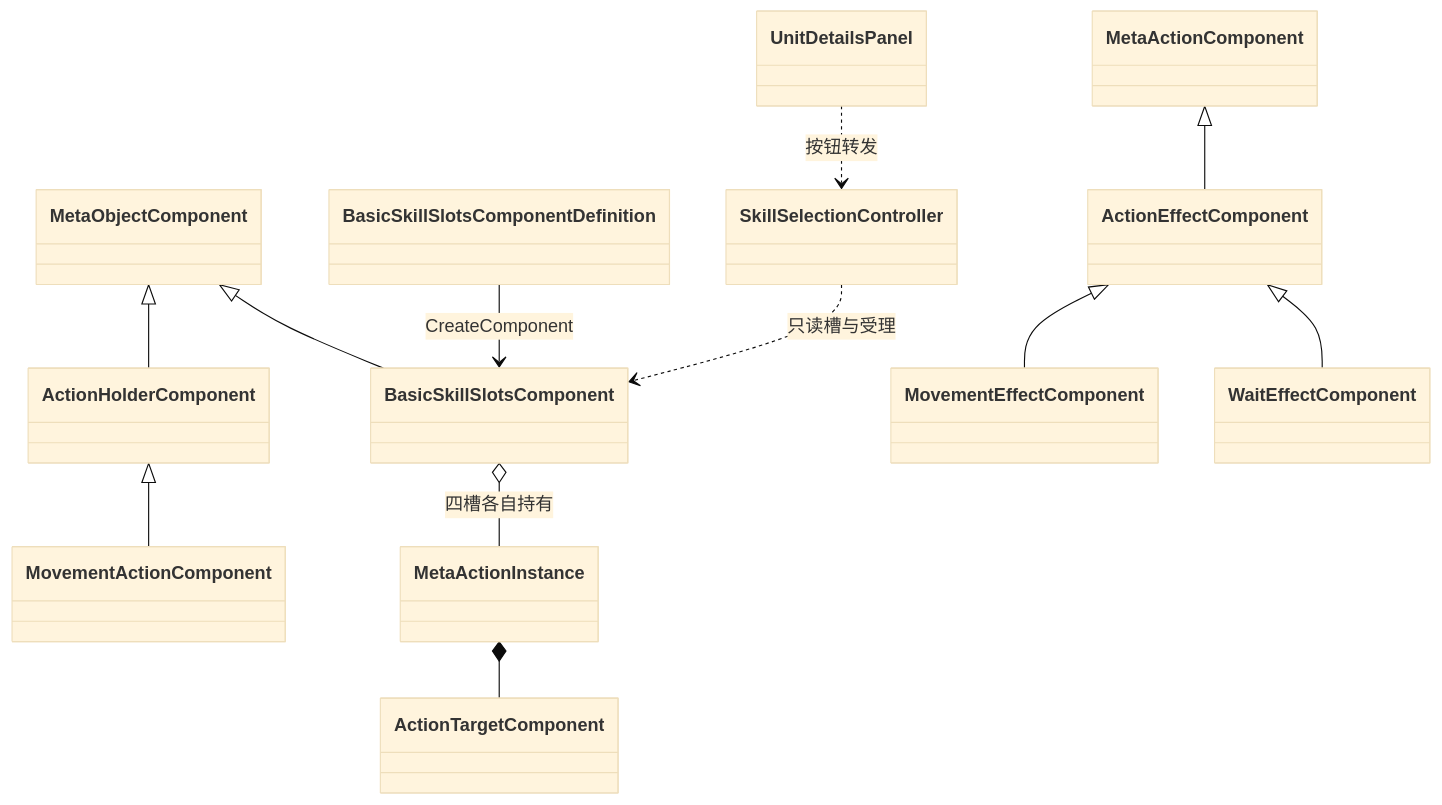
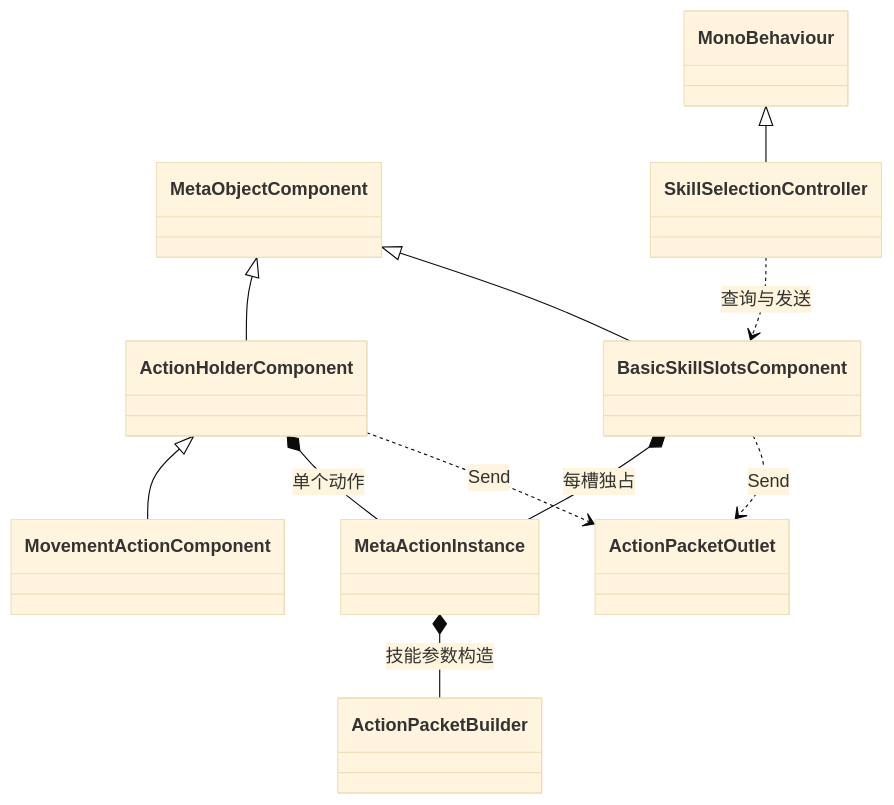
One commit to ObALive/this changed the diagram in 代码说明文档/80_基础技能槽与待机动作代码设计案.md. Above: the diagram before and after it, drawn with Mermaid (base theme). The commit also changed other lines of this file and 21 other files, not shown here.

````diff
--- a/代码说明文档/80_基础技能槽与待机动作代码设计案.md
+++ b/代码说明文档/80_基础技能槽与待机动作代码设计案.md
@@ -33,14 +18,13 @@
 ```mermaid
 classDiagram
   MetaObjectComponent <|-- ActionHolderComponent
   ActionHolderComponent <|-- MovementActionComponent
   MetaObjectComponent <|-- BasicSkillSlotsComponent
-  BasicSkillSlotsComponentDefinition --> BasicSkillSlotsComponent : CreateComponent
-  BasicSkillSlotsComponent o-- MetaActionInstance : 四槽各自持有
-  MetaActionInstance *-- ActionTargetComponent
-  MetaActionComponent <|-- ActionEffectComponent
-  ActionEffectComponent <|-- MovementEffectComponent
-  ActionEffectComponent <|-- WaitEffectComponent
-  UnitDetailsPanel ..> SkillSelectionController : 按钮转发
-  SkillSelectionController ..> BasicSkillSlotsComponent : 只读槽与受理
+  BasicSkillSlotsComponent *-- MetaActionInstance : 每槽独占
+  ActionHolderComponent *-- MetaActionInstance : 单个动作
+  MetaActionInstance *-- ActionPacketBuilder : 技能参数构造
+  MonoBehaviour <|-- SkillSelectionController
+  SkillSelectionController ..> BasicSkillSlotsComponent : 查询与发送
+  BasicSkillSlotsComponent ..> ActionPacketOutlet : Send
+  ActionHolderComponent ..> ActionPacketOutlet : Send
 ```
````
